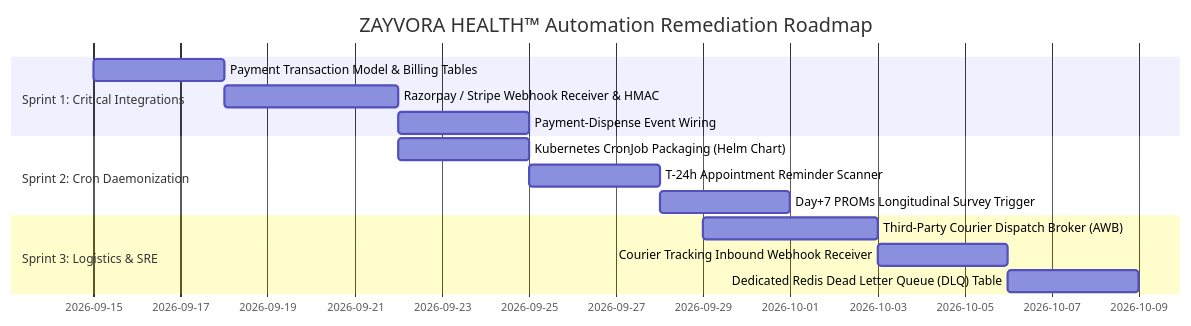
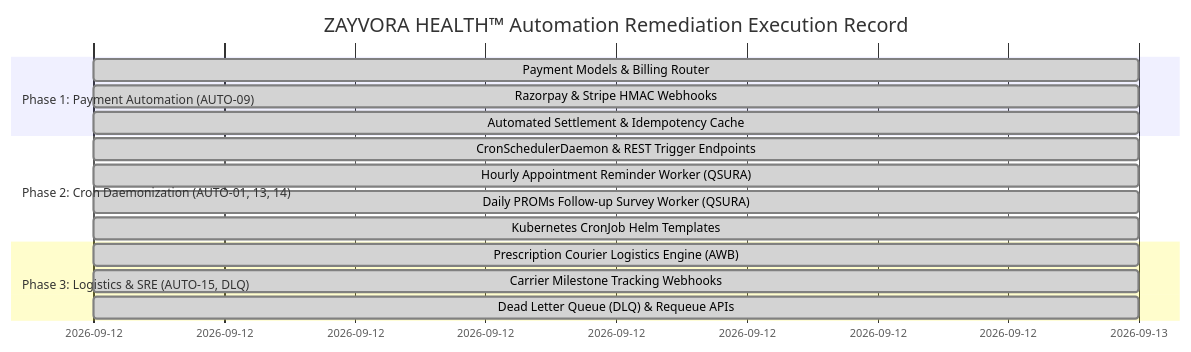
The diagram in docs/automation-audit/AUTOMATION_READINESS_REPORT.md (innerderiveinc-web/zayvorahealth), drawn with Mermaid before and after one commit. The commit also changed other lines of this file and 25 other files, not shown here.

````diff
--- a/docs/automation-audit/AUTOMATION_READINESS_REPORT.md
+++ b/docs/automation-audit/AUTOMATION_READINESS_REPORT.md
@@ -108,17 +103,18 @@
 ```mermaid
 gantt
-    title ZAYVORA HEALTH™ Automation Remediation Roadmap
+    title ZAYVORA HEALTH™ Automation Remediation Execution Record
     dateFormat  YYYY-MM-DD
-    section Sprint 1: Critical Integrations
-    Payment Transaction Model & Billing Tables   :s1_1, 2026-09-15, 3d
-    Razorpay / Stripe Webhook Receiver & HMAC    :s1_2, after s1_1, 4d
-    Payment-Dispense Event Wiring                :s1_3, after s1_2, 3d
-    section Sprint 2: Cron Daemonization
-    Kubernetes CronJob Packaging (Helm Chart)    :s2_1, 2026-09-22, 3d
-    T-24h Appointment Reminder Scanner           :s2_2, after s2_1, 3d
-    Day+7 PROMs Longitudinal Survey Trigger      :s2_3, after s2_2, 3d
-    section Sprint 3: Logistics & SRE
-    Third-Party Courier Dispatch Broker (AWB)    :s3_1, 2026-09-29, 4d
-    Courier Tracking Inbound Webhook Receiver    :s3_2, after s3_1, 3d
-    Dedicated Redis Dead Letter Queue (DLQ) Table:s3_3, after s3_2, 3d
+    section Phase 1: Payment Automation (AUTO-09)
+    Payment Models & Billing Router             :done, p1_1, 2026-09-12, 1d
+    Razorpay & Stripe HMAC Webhooks             :done, p1_2, 2026-09-12, 1d
+    Automated Settlement & Idempotency Cache    :done, p1_3, 2026-09-12, 1d
+    section Phase 2: Cron Daemonization (AUTO-01, 13, 14)
+    CronSchedulerDaemon & REST Trigger Endpoints :done, p2_1, 2026-09-12, 1d
+    Hourly Appointment Reminder Worker (QSURA)   :done, p2_2, 2026-09-12, 1d
+    Daily PROMs Follow-up Survey Worker (QSURA)  :done, p2_3, 2026-09-12, 1d
+    Kubernetes CronJob Helm Templates            :done, p2_4, 2026-09-12, 1d
+    section Phase 3: Logistics & SRE (AUTO-15, DLQ)
+    Prescription Courier Logistics Engine (AWB) :done, p3_1, 2026-09-12, 1d
+    Carrier Milestone Tracking Webhooks          :done, p3_2, 2026-09-12, 1d
+    Dead Letter Queue (DLQ) & Requeue APIs       :done, p3_3, 2026-09-12, 1d
 ```
````
